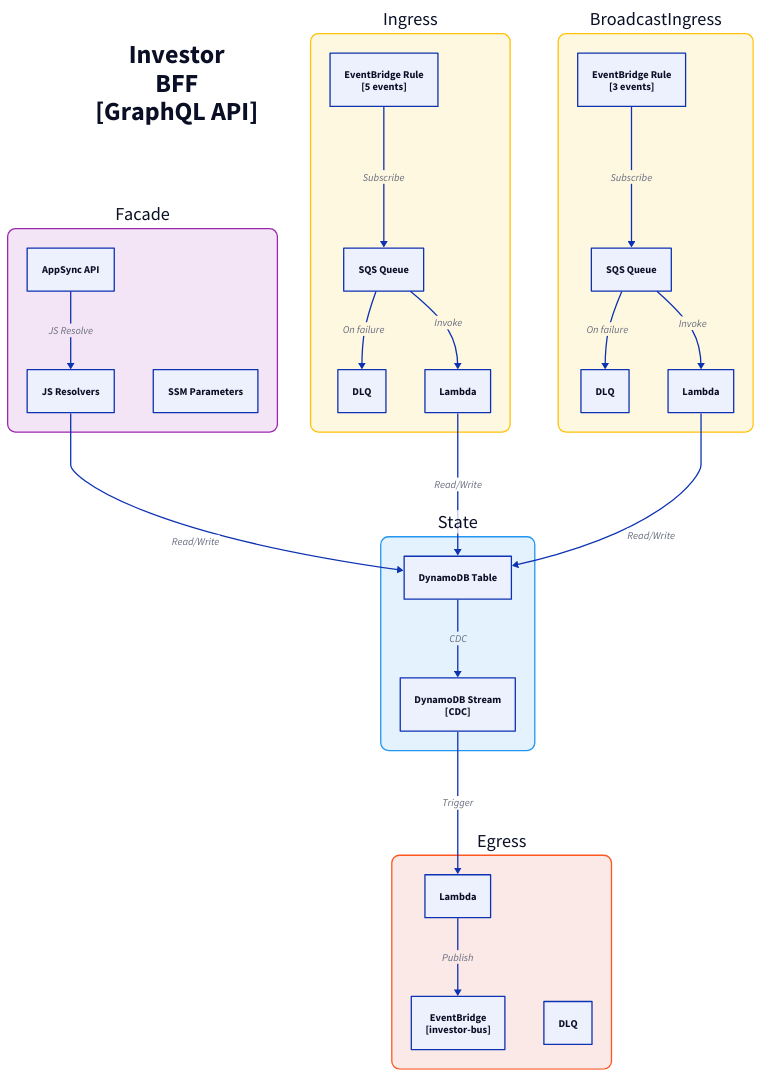
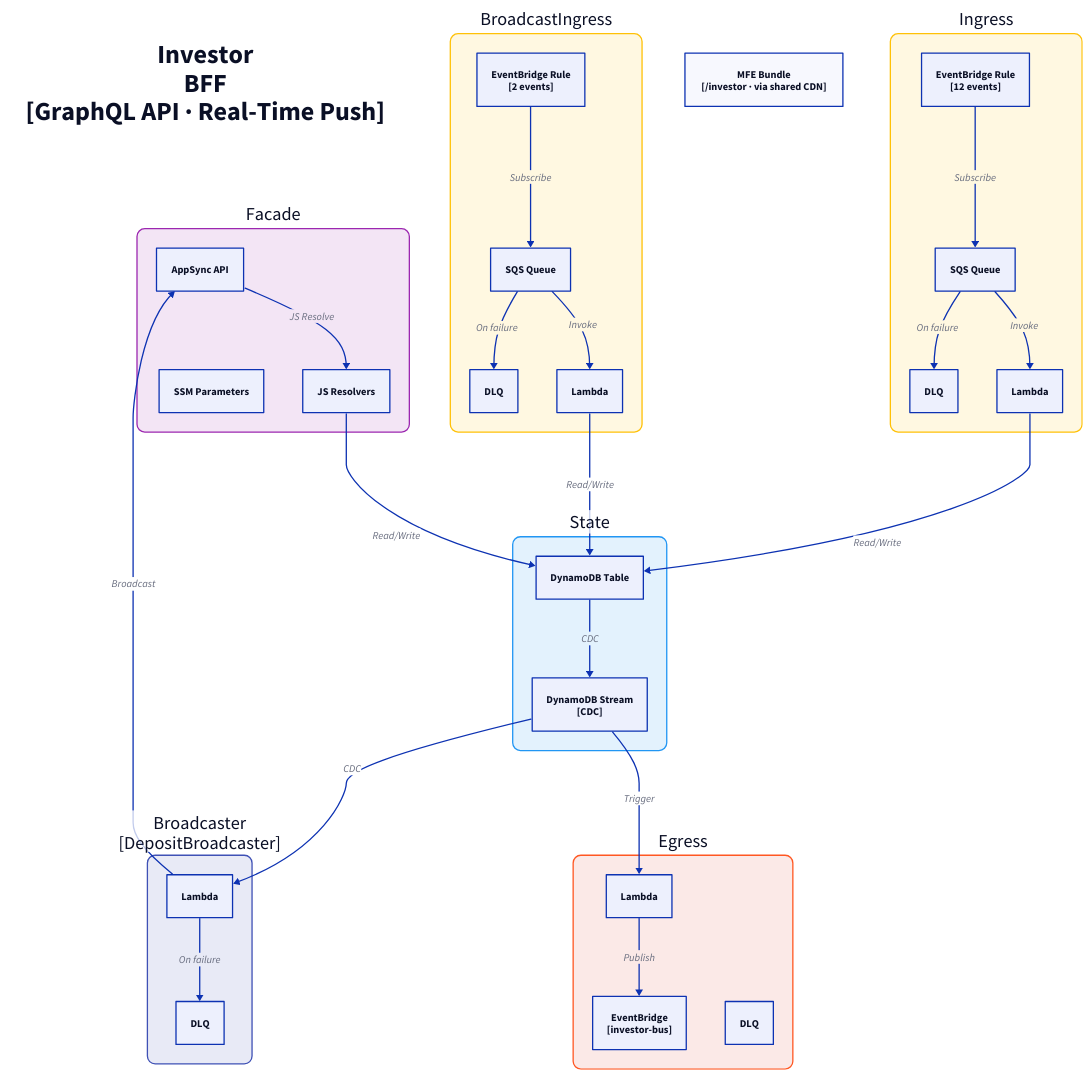
Before and after one commit to fabio-vitali/nestfolio: the diagram in docs/architecture/c3/investor-bff.d2, drawn with D2. The commit also changed 23 other files, not shown here.

First line of the commit message:
fix(c4-diagrams): render Broadcaster + MfeBucket, prune orphan C3 files

```diff
--- a/docs/architecture/c3/investor-bff.d2
+++ b/docs/architecture/c3/investor-bff.d2
@@ -1,59 +1,71 @@
 direction: down
 
-title: "Investor\nBFF\n[GraphQL API]" {
+title: "Investor\nBFF\n[GraphQL API · Real-Time Push]" {
   style: { font-size: 40; bold: true; fill: transparent; stroke: transparent }
 }
 
 facade: "Facade" {
   style: { fill: "#F3E5F5"; stroke: "#9C27B0"; border-radius: 12; font-size: 28 }
   appsync: "AppSync API" { class: aws-appsync }
   resolvers: "JS Resolvers" { class: aws-lambda }
   appsync -> resolvers: JS Resolve
   ssm: "SSM Parameters" { class: aws-ssm }
 }
 
 ingress: "Ingress" {
   style: { fill: "#FFF8E1"; stroke: "#FFC107"; border-radius: 12; font-size: 28 }
-  rule: "EventBridge Rule\n[5 events]" { class: aws-eventbridge }
+  rule: "EventBridge Rule\n[12 events]" { class: aws-eventbridge }
   sqs: "SQS Queue" { class: aws-sqs }
   dlq: "DLQ" { class: aws-dlq }
   handler: "Lambda" { class: aws-lambda }
 
   rule -> sqs: Subscribe
   sqs -> handler: Invoke
   sqs -> dlq: On failure
 }
 
 broadcast-ingress: "BroadcastIngress" {
   style: { fill: "#FFF8E1"; stroke: "#FFC107"; border-radius: 12; font-size: 28 }
-  rule: "EventBridge Rule\n[3 events]" { class: aws-eventbridge }
+  rule: "EventBridge Rule\n[2 events]" { class: aws-eventbridge }
   sqs: "SQS Queue" { class: aws-sqs }
   dlq: "DLQ" { class: aws-dlq }
   handler: "Lambda" { class: aws-lambda }
 
   rule -> sqs: Subscribe
   sqs -> handler: Invoke
   sqs -> dlq: On failure
 }
 
 state: "State" {
   style: { fill: "#E3F2FD"; stroke: "#2196F3"; border-radius: 12; font-size: 28 }
   table: "DynamoDB Table" { class: aws-dynamodb }
   stream: "DynamoDB Stream\n[CDC]" { class: aws-ddb-stream }
   table -> stream: CDC
 }
 
 egress: "Egress" {
   style: { fill: "#FBE9E7"; stroke: "#FF5722"; border-radius: 12; font-size: 28 }
   processor: "Lambda" { class: aws-lambda }
   bus: "EventBridge\n[investor-bus]" { class: aws-eventbridge }
   dlq: "DLQ" { class: aws-dlq }
 
   processor -> bus: Publish
 }
 
+broadcaster: "Broadcaster\n[DepositBroadcaster]" {
+  style: { fill: "#E8EAF6"; stroke: "#3F51B5"; border-radius: 12; font-size: 28 }
+  publisher: "Lambda" { class: aws-lambda }
+  dlq: "DLQ" { class: aws-dlq }
+
+  publisher -> dlq: On failure
+}
+
+mfe-bundle: "MFE Bundle\n[/investor · via shared CDN]" { class: aws-s3 }
+
 # Flows
 facade.resolvers -> state.table: Read/Write
 ingress.handler -> state.table: Read/Write
 broadcast-ingress.handler -> state.table: Read/Write
 state.stream -> egress.processor: Trigger
+state.stream -> broadcaster.publisher: CDC
+broadcaster.publisher -> facade.appsync: Broadcast
```
